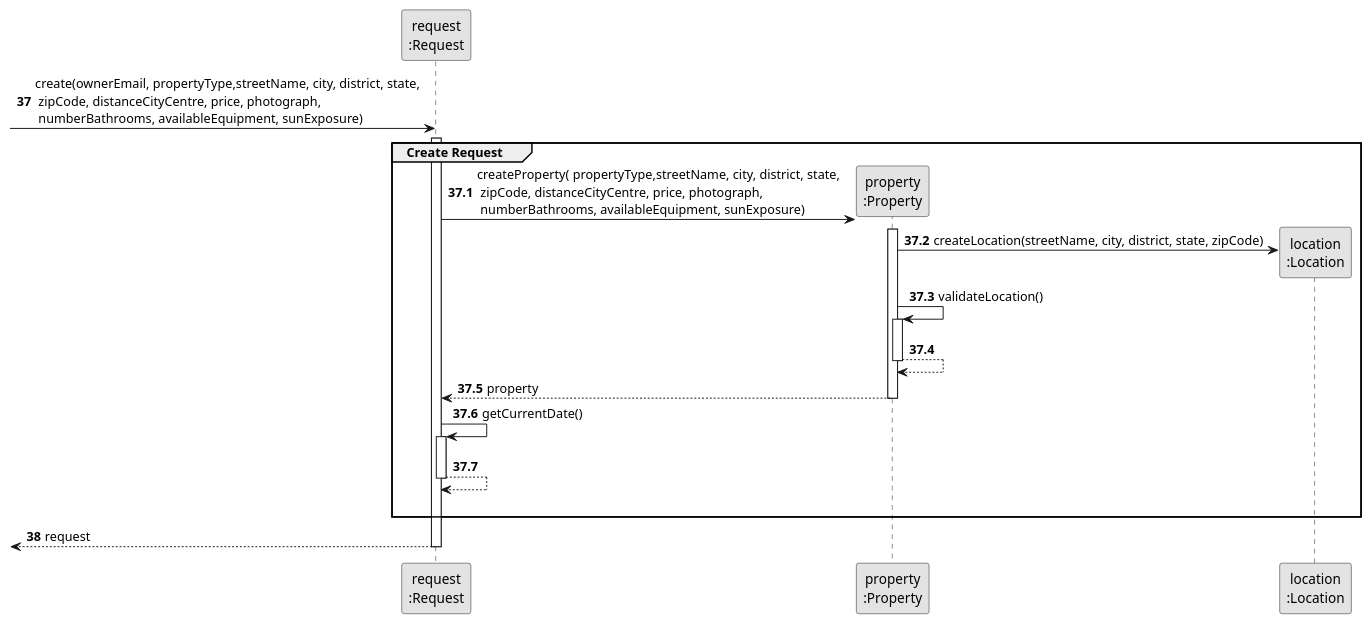
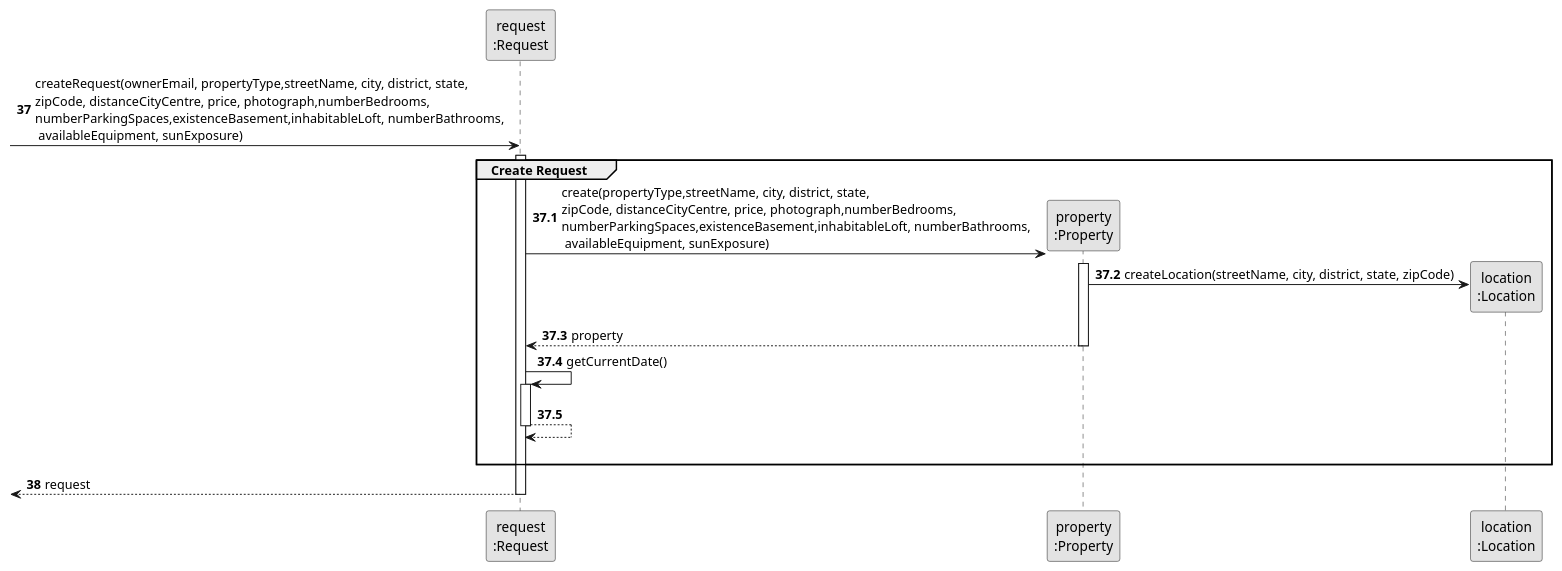
One commit to rita-barbosa/LAPR2-2223 changed the diagram in docs/sprintB/us002/03.design/puml/us002-sequence-diagram-partial-create-request.puml. Above: the diagram before and after it, drawn with PlantUML. The commit also changed 7 other files, not shown here.

Commit message:
Update of sequence diagram [US002][Design]

```diff
--- a/docs/sprintB/us002/03.design/puml/us002-sequence-diagram-partial-create-request.puml
+++ b/docs/sprintB/us002/03.design/puml/us002-sequence-diagram-partial-create-request.puml
@@ -1,45 +1,41 @@
 @startuml
 skinparam monochrome true
 skinparam packageStyle rectangle
 skinparam shadowing false
 
 participant "request\n:Request" as REQUEST
 participant "property\n:Property" as PROPERTY
 participant "location\n:Location" as LOCATION
 
 
 autonumber 37
-        -> REQUEST** : create(ownerEmail, propertyType,streetName, city, district, state,\n zipCode, distanceCityCentre, price, photograph,\n numberBathrooms, availableEquipment, sunExposure)
-        activate REQUEST
+
+        -> REQUEST** : createRequest(ownerEmail, propertyType,streetName, city, district, state,\nzipCode, distanceCityCentre, price, photograph,numberBedrooms,\nnumberParkingSpaces,existenceBasement,inhabitableLoft, numberBathrooms,\n availableEquipment, sunExposure)
+         activate REQUEST
 
 autonumber 37.1
 
     group Create Request
 
-
-        REQUEST -> PROPERTY** : createProperty( propertyType,streetName, city, district, state,\n zipCode, distanceCityCentre, price, photograph,\n numberBathrooms, availableEquipment, sunExposure)
+        REQUEST -> PROPERTY** : create(propertyType,streetName, city, district, state,\nzipCode, distanceCityCentre, price, photograph,numberBedrooms,\nnumberParkingSpaces,existenceBasement,inhabitableLoft, numberBathrooms,\n availableEquipment, sunExposure)
         activate PROPERTY
 
         PROPERTY -> LOCATION** : createLocation(streetName, city, district, state, zipCode)
-        PROPERTY -> PROPERTY : validateLocation()
-        activate PROPERTY
-        PROPERTY --> PROPERTY :
-        deactivate PROPERTY
 
         PROPERTY --> REQUEST : property
         deactivate PROPERTY
 
         REQUEST -> REQUEST : getCurrentDate()
         activate REQUEST
 
         REQUEST --> REQUEST :
         deactivate REQUEST
         |||
 
     end
 autonumber 38
         <-- REQUEST : request
         deactivate REQUEST
 
 
 @enduml
```
